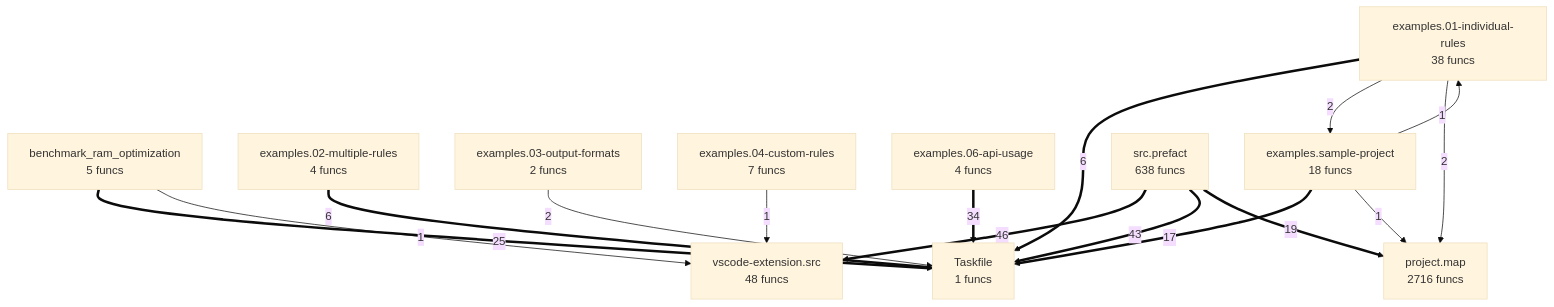
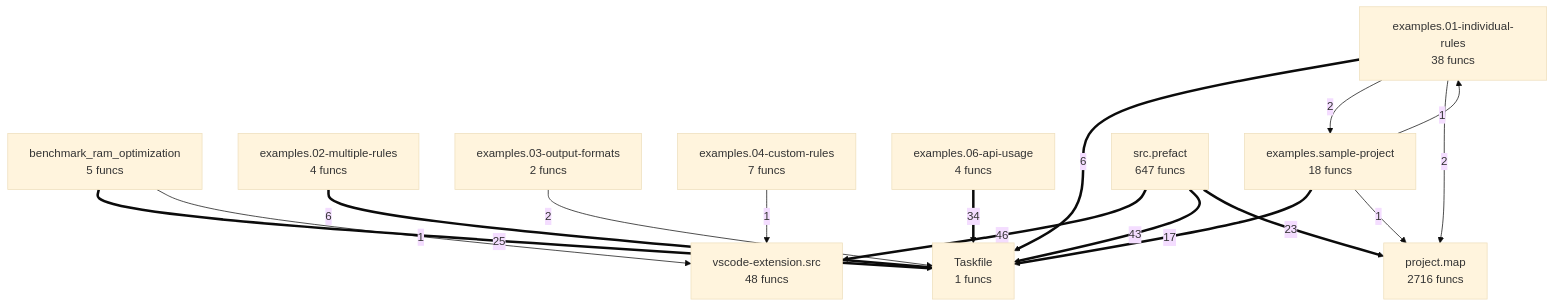
Before and after one commit to semcod/prefact: the diagram in project/compact_flow.mmd, drawn with Mermaid (base theme). The commit also changed 26 other files, not shown here.

```diff
--- a/project/compact_flow.mmd
+++ b/project/compact_flow.mmd
@@ -1,27 +1,27 @@
 flowchart TD
     Taskfile["Taskfile<br/>1 funcs"]
     benchmark_ram_optimization["benchmark_ram_optimization<br/>5 funcs"]
     examples__01_individual_rules["examples.01-individual-rules<br/>38 funcs"]
     examples__02_multiple_rules["examples.02-multiple-rules<br/>4 funcs"]
     examples__03_output_formats["examples.03-output-formats<br/>2 funcs"]
     examples__04_custom_rules["examples.04-custom-rules<br/>7 funcs"]
     examples__06_api_usage["examples.06-api-usage<br/>4 funcs"]
     examples__sample_project["examples.sample-project<br/>18 funcs"]
     project__map["project.map<br/>2716 funcs"]
-    src__prefact["src.prefact<br/>638 funcs"]
+    src__prefact["src.prefact<br/>647 funcs"]
     vscode_extension__src["vscode-extension.src<br/>48 funcs"]
     src__prefact ==>|46| vscode_extension__src
     src__prefact ==>|43| Taskfile
     examples__06_api_usage ==>|34| Taskfile
     benchmark_ram_optimization ==>|25| Taskfile
-    src__prefact ==>|19| project__map
+    src__prefact ==>|23| project__map
     examples__sample_project ==>|17| Taskfile
     examples__01_individual_rules ==>|6| Taskfile
     examples__02_multiple_rules ==>|6| Taskfile
     examples__01_individual_rules -->|2| examples__sample_project
     examples__01_individual_rules -->|2| project__map
     examples__03_output_formats -->|2| Taskfile
     benchmark_ram_optimization -->|1| vscode_extension__src
     examples__sample_project -->|1| examples__01_individual_rules
     examples__sample_project -->|1| project__map
     examples__04_custom_rules -->|1| vscode_extension__src
```
